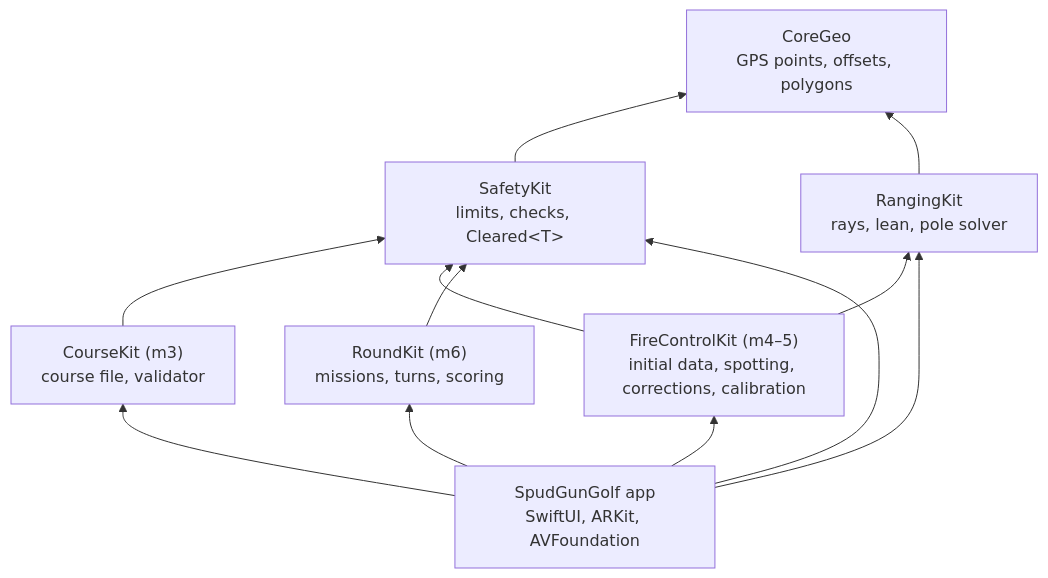
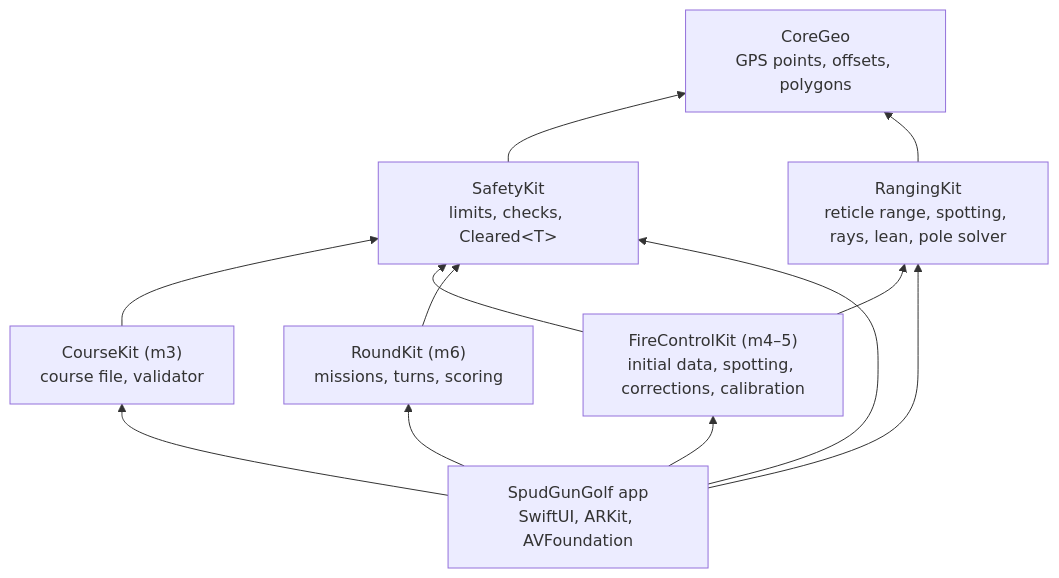
Before and after one commit to zacharyelston/BackyardBallistics: the first of 2 diagrams in docs/ARCHITECTURE.md, drawn with Mermaid. The commit also changed other lines of this file and 18 other files, not shown here.

````diff
--- a/docs/ARCHITECTURE.md
+++ b/docs/ARCHITECTURE.md
@@ -7,21 +7,21 @@
 ```mermaid
 graph BT
   CoreGeo["CoreGeo<br/>GPS points, offsets, polygons"]
   SafetyKit["SafetyKit<br/>limits, checks, Cleared&lt;T&gt;"]
-  RangingKit["RangingKit<br/>rays, lean, pole solver"]
+  RangingKit["RangingKit<br/>reticle range, spotting, rays, lean, pole solver"]
   CourseKit["CourseKit (m3)<br/>course file, validator"]
   FireControlKit["FireControlKit (m4–5)<br/>initial data, spotting, corrections, calibration"]
   RoundKit["RoundKit (m6)<br/>missions, turns, scoring"]
   App["SpudGunGolf app<br/>SwiftUI, ARKit, AVFoundation"]
   SafetyKit --> CoreGeo
   RangingKit --> CoreGeo
   CourseKit --> SafetyKit
   FireControlKit --> SafetyKit
   FireControlKit --> RangingKit
   RoundKit --> SafetyKit
   App --> RangingKit
   App --> SafetyKit
   App --> CourseKit
   App --> FireControlKit
   App --> RoundKit
 ```
````
